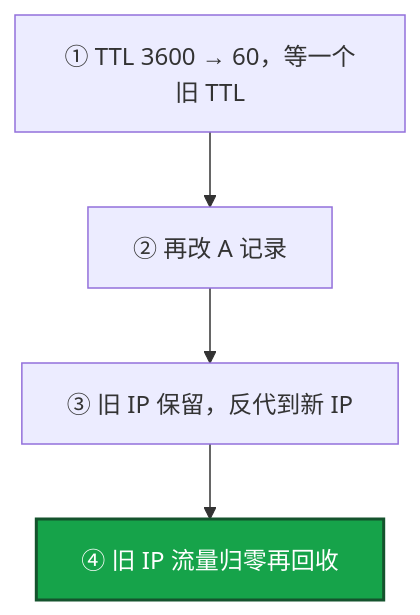
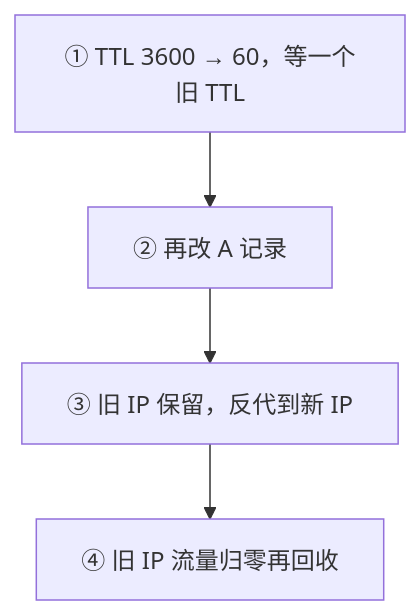
The second of 5 diagrams in 01-基础底座/15-DNS与CDN/练习题.md (ml-cuizijun/LearnToLilith), drawn with Mermaid before and after one commit. The commit also changed other lines of this file and 470 other files, not shown here.

````diff
--- a/01-基础底座/15-DNS与CDN/练习题.md
+++ b/01-基础底座/15-DNS与CDN/练习题.md
@@ -87,8 +87,7 @@
 ```mermaid
 flowchart TB
     A["① TTL 3600 → 60，等一个旧 TTL"] --> B[② 再改 A 记录]
     B --> C[③ 旧 IP 保留，反代到新 IP]
     C --> D[④ 旧 IP 流量归零再回收]
-    classDef ok fill:#16A34A,stroke:#14532D,stroke-width:2px,color:#fff
     class D ok
 ```
````
